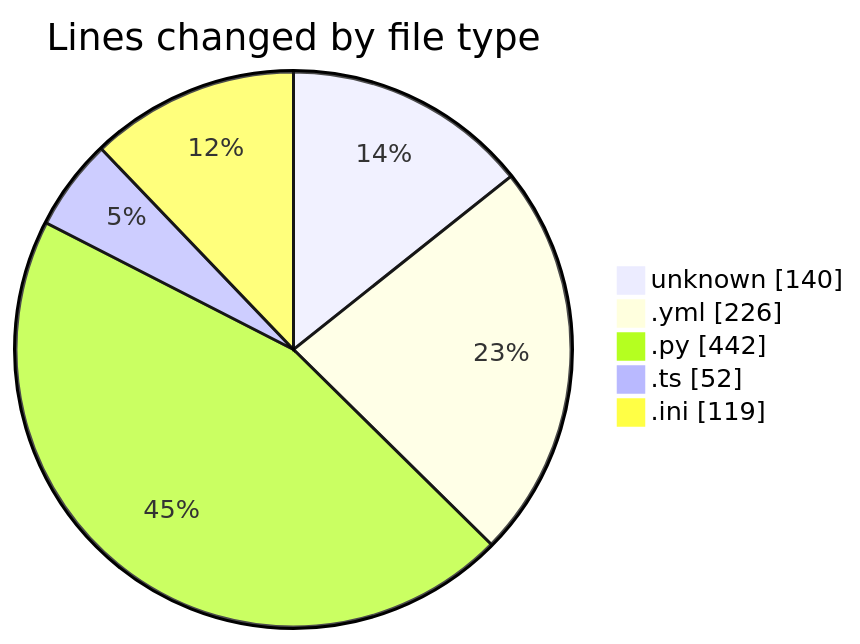
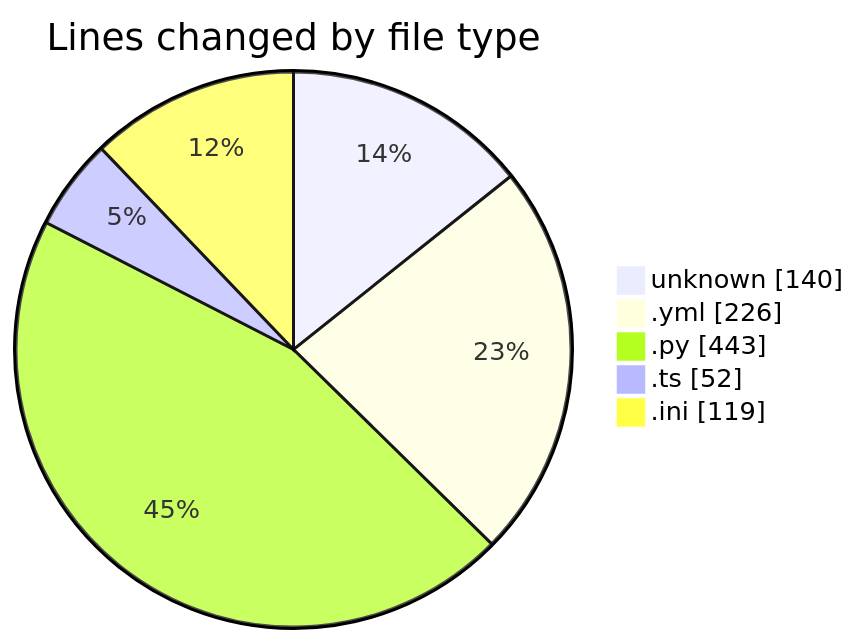
The first of 2 diagrams in 2025-05-13/niten/README.md (Elitesun/code-tracking), drawn with Mermaid before and after one commit. The commit also changed other lines of this file and 1 other file, not shown here.

````diff
--- a/2025-05-13/niten/README.md
+++ b/2025-05-13/niten/README.md
@@ -30,9 +30,9 @@
 ```mermaid
 pie showData
 title Lines changed by file type
 "unknown" : 140
 ".yml" : 226
-".py" : 442
+".py" : 443
 ".ts" : 52
 ".ini" : 119
 ```
````
